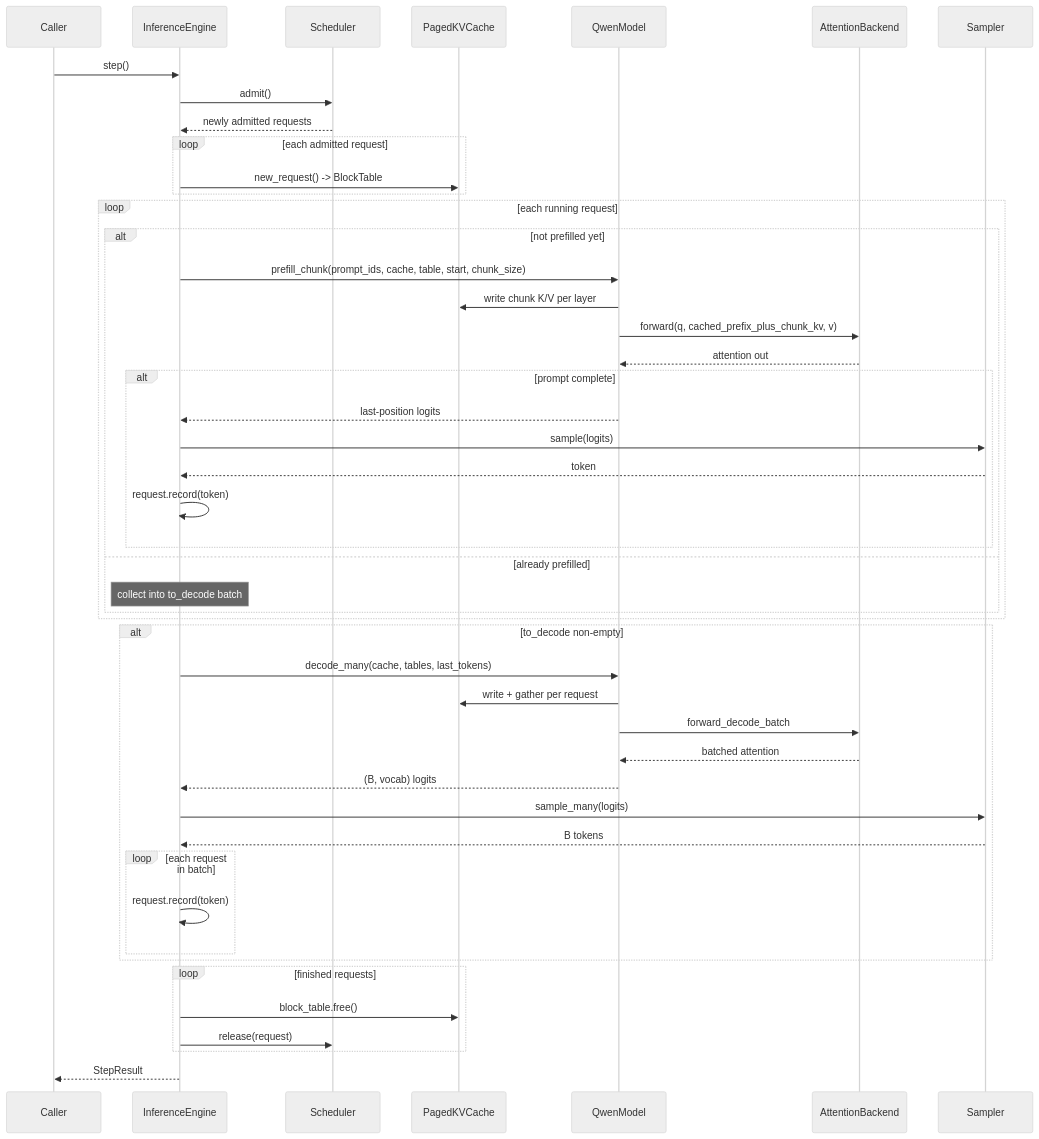
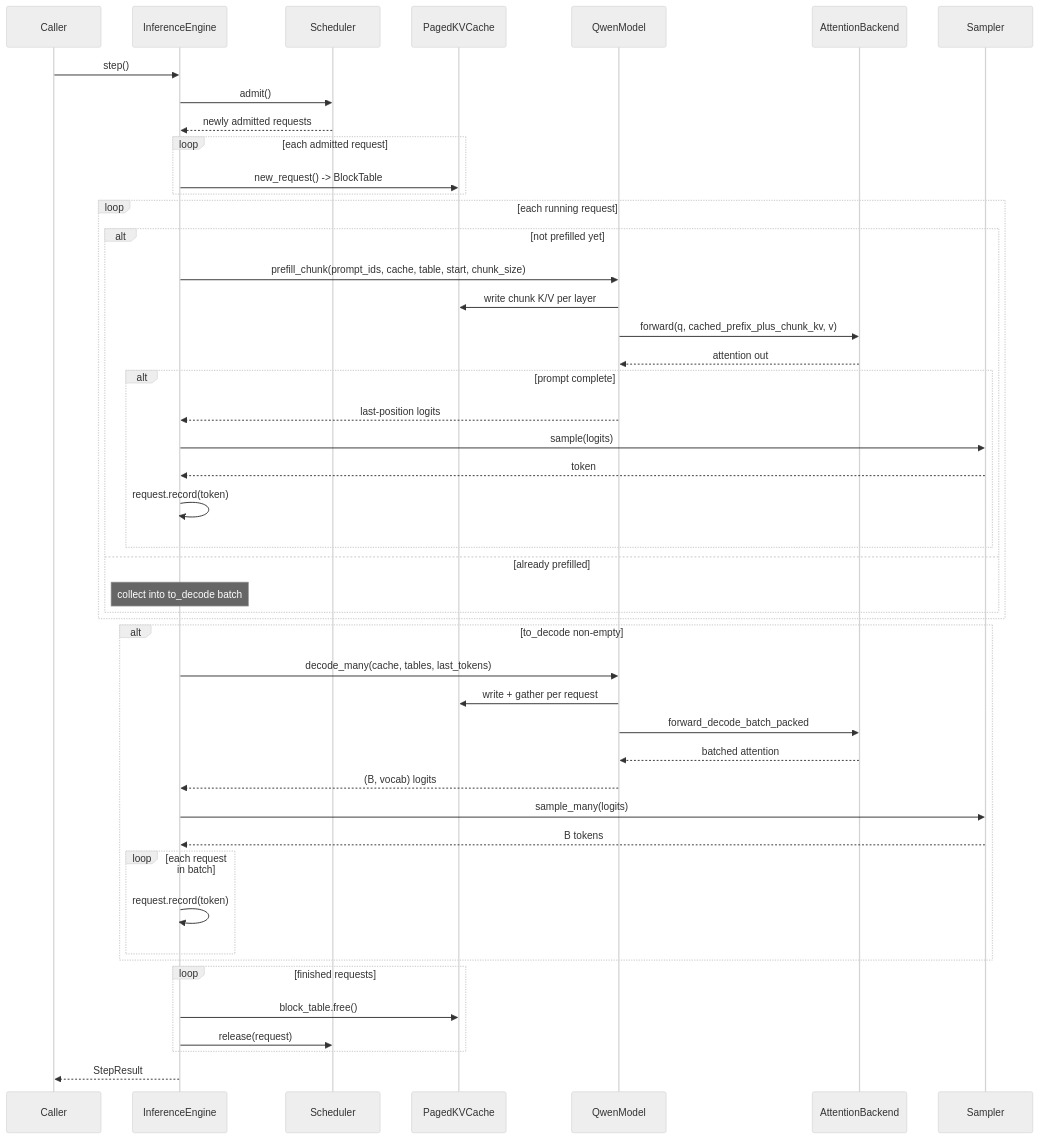
The second of 4 diagrams in docs/architecture.md (adamthuvesen/llm-infer), drawn with Mermaid (neutral theme) before and after one commit. The commit also changed other lines of this file and 47 other files, not shown here.

````diff
--- a/docs/architecture.md
+++ b/docs/architecture.md
@@ -315,54 +315,54 @@
 ```mermaid
 sequenceDiagram
     participant Caller
     participant Engine as InferenceEngine
     participant Sched as Scheduler
     participant Cache as PagedKVCache
     participant Model as QwenModel
     participant Backend as AttentionBackend
     participant Samp as Sampler
 
     Caller->>Engine: step()
     Engine->>Sched: admit()
     Sched-->>Engine: newly admitted requests
     loop each admitted request
         Engine->>Cache: new_request() -> BlockTable
     end
 
     loop each running request
         alt not prefilled yet
             Engine->>Model: prefill_chunk(prompt_ids, cache, table, start, chunk_size)
             Model->>Cache: write chunk K/V per layer
             Model->>Backend: forward(q, cached_prefix_plus_chunk_kv, v)
             Backend-->>Model: attention out
             alt prompt complete
                 Model-->>Engine: last-position logits
                 Engine->>Samp: sample(logits)
                 Samp-->>Engine: token
                 Engine->>Engine: request.record(token)
             end
         else already prefilled
             Note over Engine: collect into to_decode batch
         end
     end
 
     alt to_decode non-empty
         Engine->>Model: decode_many(cache, tables, last_tokens)
         Model->>Cache: write + gather per request
-        Model->>Backend: forward_decode_batch
+        Model->>Backend: forward_decode_batch_packed
         Backend-->>Model: batched attention
         Model-->>Engine: (B, vocab) logits
         Engine->>Samp: sample_many(logits)
         Samp-->>Engine: B tokens
         loop each request in batch
             Engine->>Engine: request.record(token)
         end
     end
 
     loop finished requests
         Engine->>Cache: block_table.free()
         Engine->>Sched: release(request)
     end
 
     Engine-->>Caller: StepResult
 ```
````
